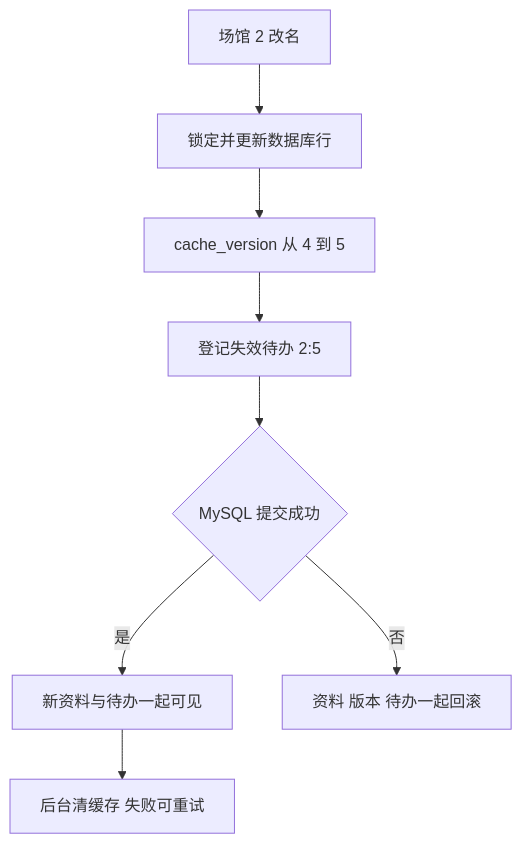
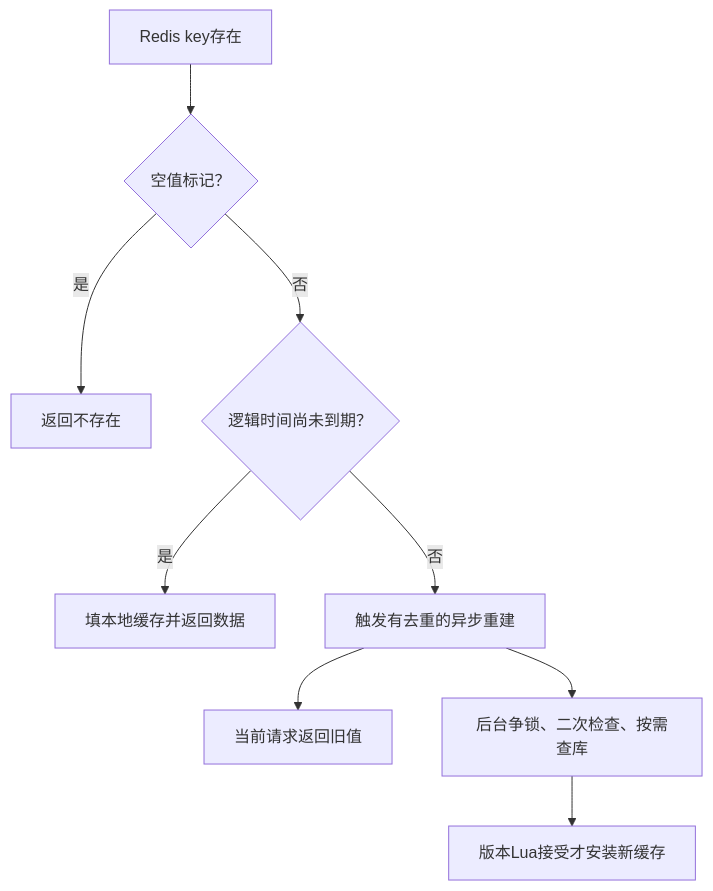
Before and after one commit to SyH-101/citypass-platform: the second of 5 diagrams in 02-多级缓存一致性.md, drawn with Mermaid. The commit also changed other lines of this file, not shown here.

Commit message:
docs: explain cache resume clauses with source walkthroughs and 15 interview questions

````diff
--- a/02-多级缓存一致性.md
+++ b/02-多级缓存一致性.md
@@ -723,10 +207,11 @@
 ```mermaid
 flowchart TD
-    A["场馆 2 改名"] --> B["锁定并更新数据库行"]
-    B --> C["cache_version 从 4 到 5"]
-    C --> D["登记失效待办 2:5"]
-    D --> E{"MySQL 提交成功"}
-    E -->|是| F["新资料与待办一起可见"]
-    E -->|否| G["资料 版本 待办一起回滚"]
-    F --> H["后台清缓存 失败可重试"]
+    A["Redis key存在"] --> B{"空值标记？"}
+    B -->|是| N["返回不存在"]
+    B -->|否| C{"逻辑时间尚未到期？"}
+    C -->|是| D["填本地缓存并返回数据"]
+    C -->|否| E["触发有去重的异步重建"]
+    E --> F["当前请求返回旧值"]
+    E --> G["后台争锁、二次检查、按需查库"]
+    G --> H["版本Lua接受才安装新缓存"]
 ```
````
